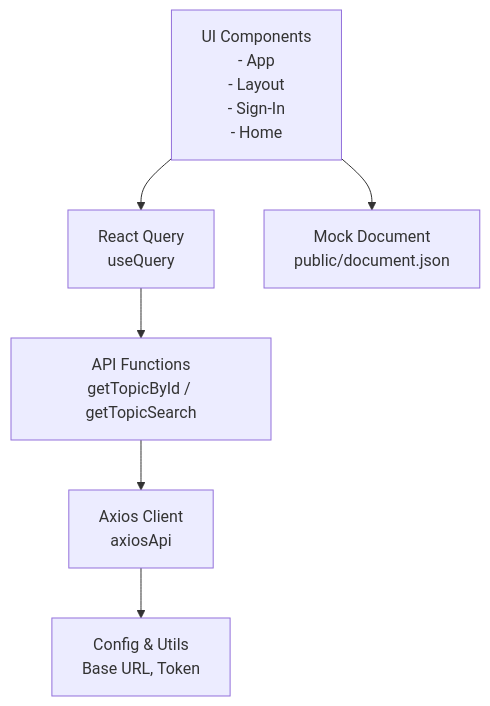
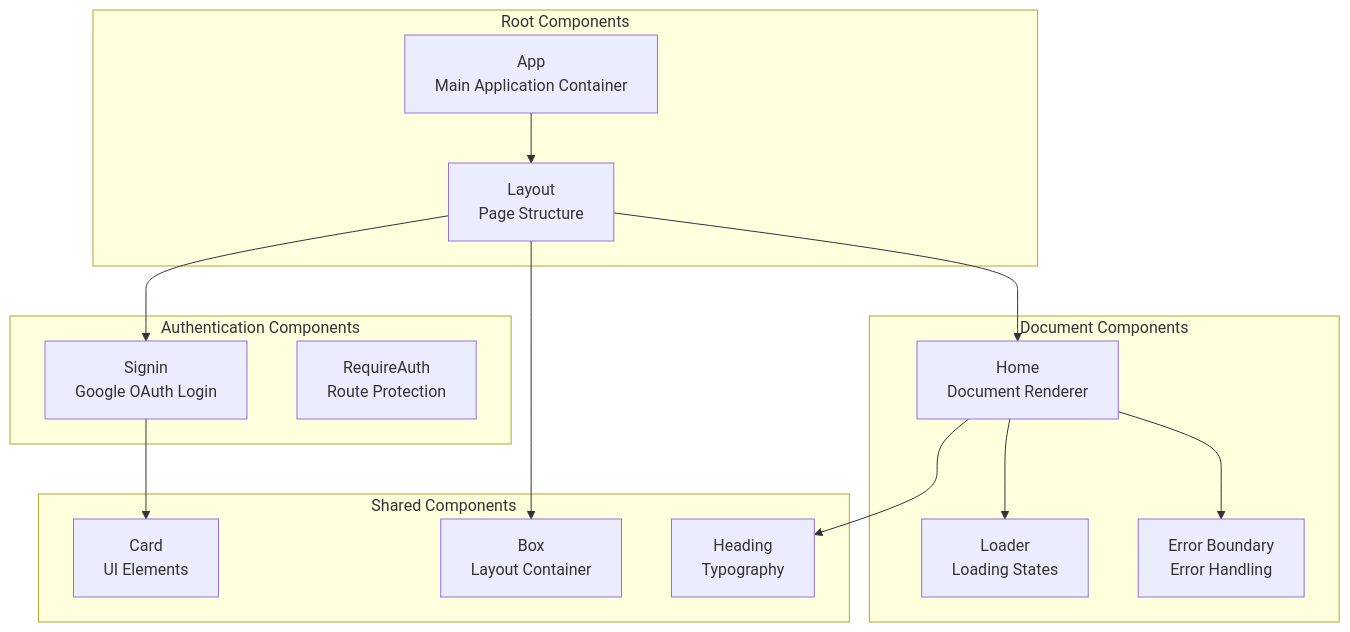
One commit to effinrich/rh-nx-monorepo changed the third of 3 diagrams in .qoder/repowiki/en/content/Frontend Applications/Parser Playground.md. Above: the diagram before and after it, drawn with Mermaid. The commit also changed other lines of this file and 130 other files, not shown here.

````diff
--- a/.qoder/repowiki/en/content/Frontend Applications/Parser Playground.md
+++ b/.qoder/repowiki/en/content/Frontend Applications/Parser Playground.md
@@ -123,8 +215,29 @@
 ```mermaid
 graph TB
-UI["UI Components<br/>- App<br/>- Layout<br/>- Sign-In<br/>- Home"] --> QRY["React Query<br/>useQuery"]
-QRY --> API["API Functions<br/>getTopicById / getTopicSearch"]
-API --> AX["Axios Client<br/>axiosApi"]
-AX --> CFG["Config & Utils<br/>Base URL, Token"]
-UI --> DOC["Mock Document<br/>public/document.json"]
+subgraph "Root Components"
+APP["App<br/>Main Application Container"]
+LAYOUT["Layout<br/>Page Structure"]
+end
+subgraph "Authentication Components"
+SIGNIN["Signin<br/>Google OAuth Login"]
+REQUIREAUTH["RequireAuth<br/>Route Protection"]
+end
+subgraph "Document Components"
+HOME["Home<br/>Document Renderer"]
+LOADER["Loader<br/>Loading States"]
+ERROR["Error Boundary<br/>Error Handling"]
+end
+subgraph "Shared Components"
+CARD["Card<br/>UI Elements"]
+BOX["Box<br/>Layout Container"]
+HEADING["Heading<br/>Typography"]
+end
+APP --> LAYOUT
+LAYOUT --> SIGNIN
+LAYOUT --> HOME
+HOME --> LOADER
+HOME --> ERROR
+SIGNIN --> CARD
+LAYOUT --> BOX
+HOME --> HEADING
 ```
````
